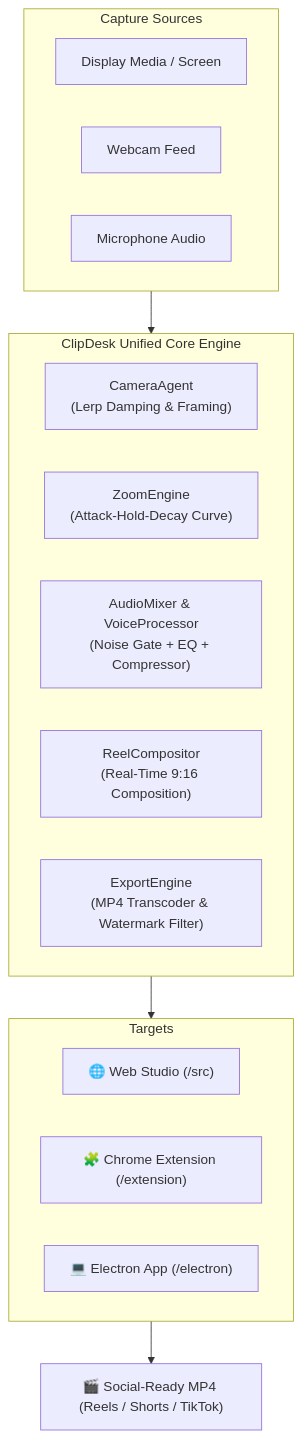
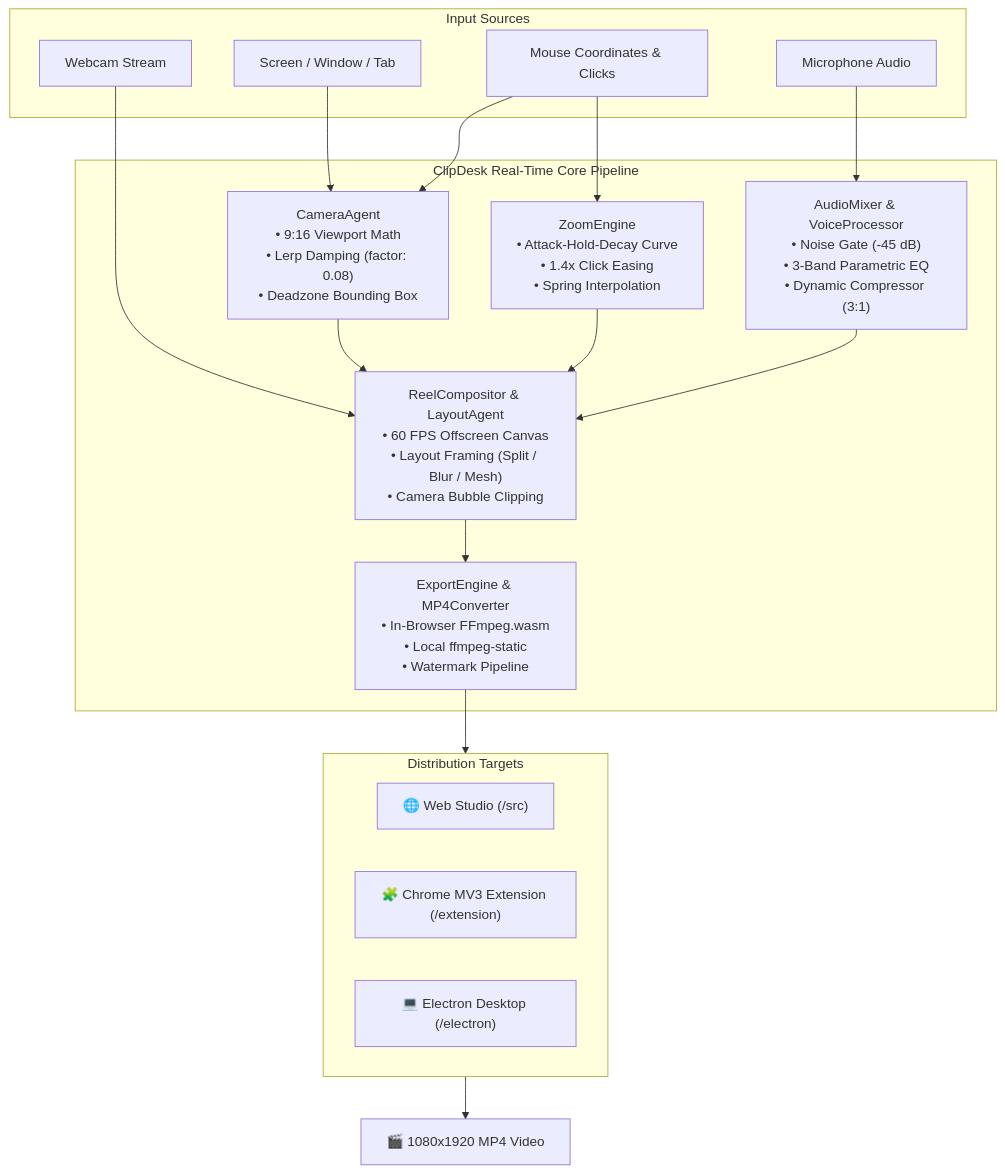
One commit to Singhak/clipdesk changed the diagram in README.md. Above: the diagram before and after it, drawn with Mermaid. The commit also changed other lines of this file, not shown here.

First line of the commit message:
docs: expand README with comprehensive engine architecture, platform matrix, and developer guides

````diff
--- a/README.md
+++ b/README.md
@@ -88,26 +98,35 @@
 ```mermaid
 flowchart TD
-    subgraph Sources ["Capture Sources"]
-        S1["Display Media / Screen"]
-        S2["Webcam Feed"]
-        S3["Microphone Audio"]
+    subgraph CaptureSources ["Input Sources"]
+        S_Screen["Screen / Window / Tab"]
+        S_Cam["Webcam Stream"]
+        S_Mic["Microphone Audio"]
+        S_Input["Mouse Coordinates & Clicks"]
     end
 
-    subgraph CoreEngine ["ClipDesk Unified Core Engine"]
-        CA["CameraAgent<br/>(Lerp Damping & Framing)"]
-        ZE["ZoomEngine<br/>(Attack-Hold-Decay Curve)"]
-        AM["AudioMixer & VoiceProcessor<br/>(Noise Gate + EQ + Compressor)"]
-        RC["ReelCompositor<br/>(Real-Time 9:16 Composition)"]
-        EE["ExportEngine<br/>(MP4 Transcoder & Watermark Filter)"]
+    subgraph CoreEngine ["ClipDesk Real-Time Core Pipeline"]
+        CA["CameraAgent<br/>• 9:16 Viewport Math<br/>• Lerp Damping (factor: 0.08)<br/>• Deadzone Bounding Box"]
+        ZE["ZoomEngine<br/>• Attack-Hold-Decay Curve<br/>• 1.4x Click Easing<br/>• Spring Interpolation"]
+        AP["AudioMixer & VoiceProcessor<br/>• Noise Gate (-45 dB)<br/>• 3-Band Parametric EQ<br/>• Dynamic Compressor (3:1)"]
+        RC["ReelCompositor & LayoutAgent<br/>• 60 FPS Offscreen Canvas<br/>• Layout Framing (Split / Blur / Mesh)<br/>• Camera Bubble Clipping"]
+        EE["ExportEngine & MP4Converter<br/>• In-Browser FFmpeg.wasm<br/>• Local ffmpeg-static<br/>• Watermark Pipeline"]
     end
 
-    subgraph Targets ["Targets"]
-        T1["🌐 Web Studio (/src)"]
-        T2["🧩 Chrome Extension (/extension)"]
-        T3["💻 Electron App (/electron)"]
+    subgraph Targets ["Distribution Targets"]
+        T_Web["🌐 Web Studio (/src)"]
+        T_Ext["🧩 Chrome MV3 Extension (/extension)"]
+        T_Desk["💻 Electron Desktop (/electron)"]
     end
 
-    Sources --> CoreEngine
-    CoreEngine --> Targets
-    Targets --> MP4["🎬 Social-Ready MP4 (Reels / Shorts / TikTok)"]
+    S_Screen --> CA
+    S_Input --> CA
+    S_Input --> ZE
+    S_Cam --> RC
+    S_Mic --> AP
+    CA --> RC
+    ZE --> RC
+    AP --> RC
+    RC --> EE
+    EE --> Targets
+    Targets --> FinalOutput["🎬 1080x1920 MP4 Video"]
 ```
````
